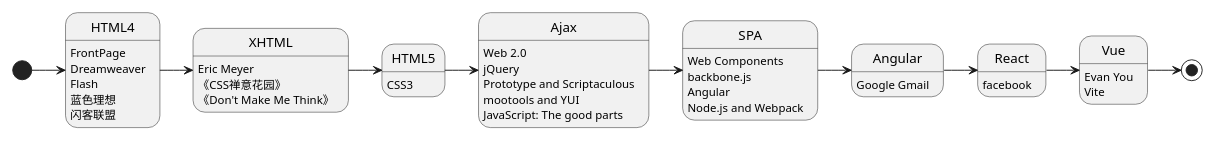
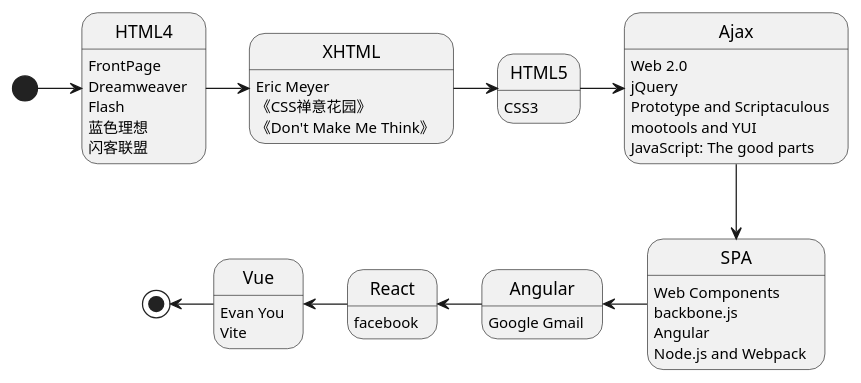
One commit to kaffa/kaffa changed the diagram in docs/static/img/html-memoir.plantuml. Above: the diagram before and after it, drawn with PlantUML. The commit also changed 291 other files, not shown here.

```diff
--- a/docs/static/img/html-memoir.plantuml
+++ b/docs/static/img/html-memoir.plantuml
@@ -1,37 +1,36 @@
 @startuml
 
-scale 960 width
 [*] -> HTML4
 HTML4 -> XHTML
 XHTML -> HTML5
 HTML5 -> Ajax
-Ajax -> SPA
-SPA -> Angular
-Angular -> React
-React -> Vue
-Vue -> [*]
+Ajax -down-> SPA
+SPA -left-> Angular
+Angular -left-> React
+React -left-> Vue
+Vue -left-> [*]
 
 HTML4: FrontPage
 HTML4: Dreamweaver
 HTML4: Flash
 HTML4: 蓝色理想
 HTML4: 闪客联盟
 XHTML: Eric Meyer
 XHTML: 《CSS禅意花园》
 XHTML: 《Don't Make Me Think》
 HTML5: CSS3
 Ajax: Web 2.0
 Ajax: jQuery
 Ajax: Prototype and Scriptaculous
 Ajax: mootools and YUI
 Ajax: JavaScript: The good parts
 SPA: Web Components
 SPA: backbone.js
 SPA: Angular
 SPA: Node.js and Webpack
 Angular: Google Gmail
 React: facebook
 Vue: Evan You
 Vue: Vite
 
 @enduml
```
